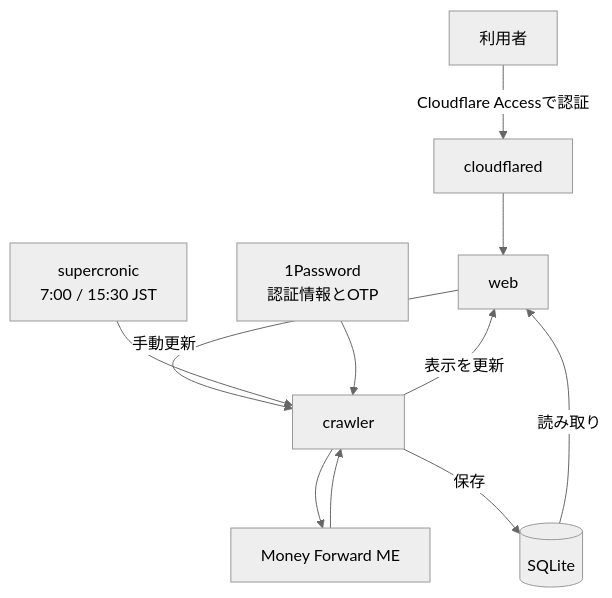
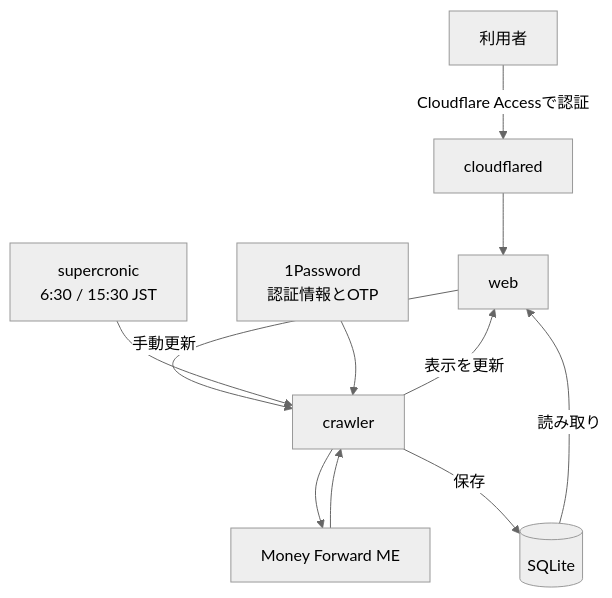
The diagram in README.md (hiroppy/mf-dashboard), drawn with Mermaid (neutral theme) before and after one commit. The commit also changed other lines of this file and 8 other files, not shown here.

````diff
--- a/README.md
+++ b/README.md
@@ -81,13 +81,13 @@
 ```mermaid
 flowchart TD
     U[利用者] -->|Cloudflare Accessで認証| T[cloudflared]
     T --> W[web]
     W -->|手動更新| C[crawler]
-    S[supercronic<br/>7:00 / 15:30 JST] --> C
+    S[supercronic<br/>6:30 / 15:30 JST] --> C
     O[1Password<br/>認証情報とOTP] --> C
     C --> M[Money Forward ME]
     M --> C
     C -->|保存| D[(SQLite)]
     D -->|読み取り| W
     C -->|表示を更新| W
 ```
````
